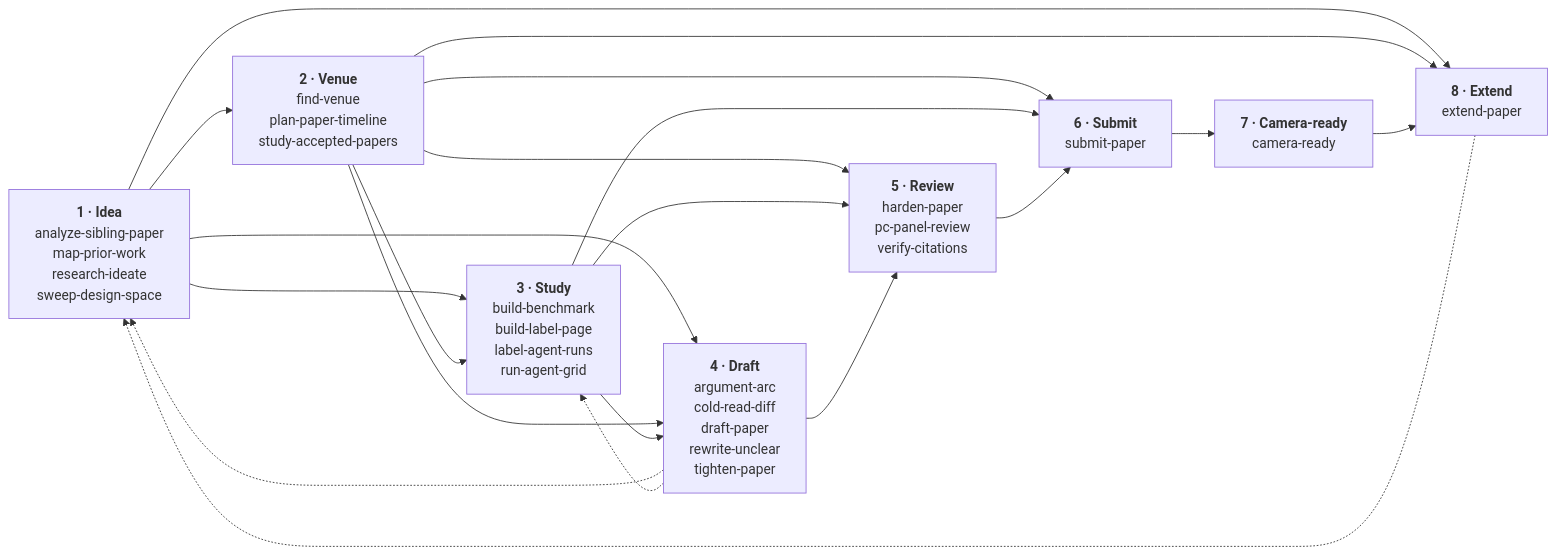
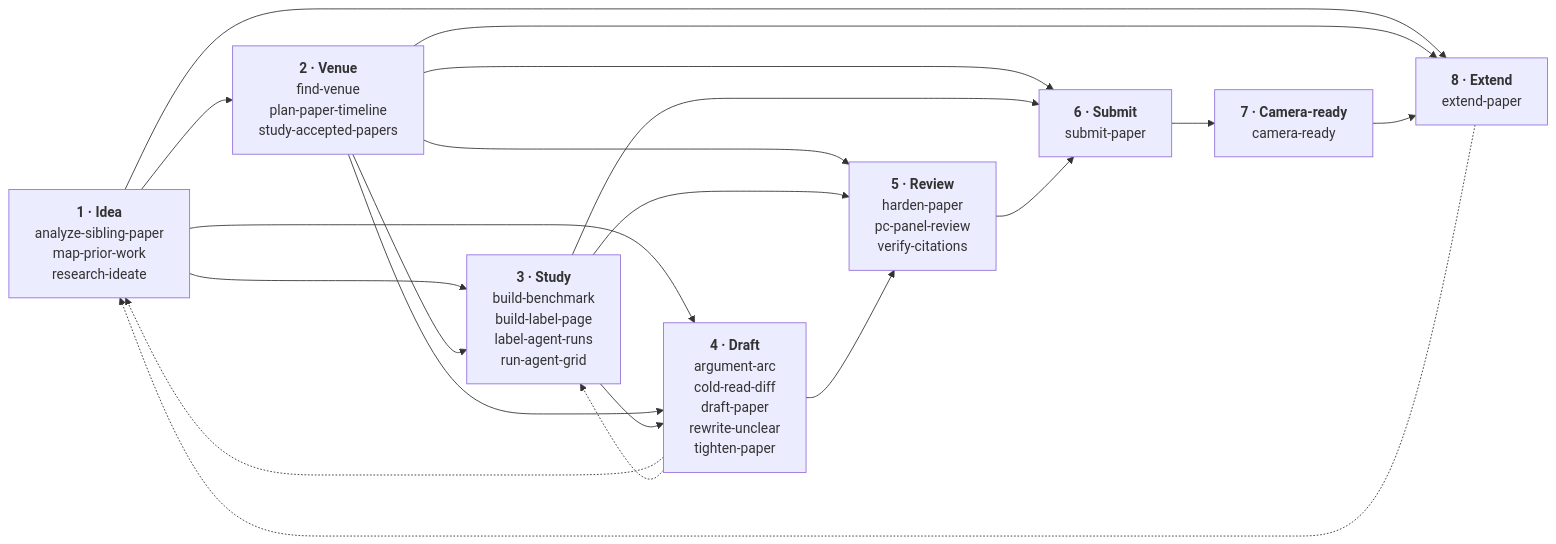
One commit to zernie/paperlint changed the first of 9 diagrams in docs/pipeline.md. Above: the diagram before and after it, drawn with Mermaid. The commit also changed other lines of this file and 15 other files, not shown here.

First line of the commit message:
refactor(skills)!: sweep-design-space leaves the package

````diff
--- a/docs/pipeline.md
+++ b/docs/pipeline.md
@@ -18,30 +18,30 @@
 ```mermaid
 flowchart LR
-  stage_idea["<b>1 · Idea</b><br/>analyze-sibling-paper<br/>map-prior-work<br/>research-ideate<br/>sweep-design-space"]
+  stage_idea["<b>1 · Idea</b><br/>analyze-sibling-paper<br/>map-prior-work<br/>research-ideate"]
   stage_venue["<b>2 · Venue</b><br/>find-venue<br/>plan-paper-timeline<br/>study-accepted-papers"]
   stage_study["<b>3 · Study</b><br/>build-benchmark<br/>build-label-page<br/>label-agent-runs<br/>run-agent-grid"]
   stage_draft["<b>4 · Draft</b><br/>argument-arc<br/>cold-read-diff<br/>draft-paper<br/>rewrite-unclear<br/>tighten-paper"]
   stage_review["<b>5 · Review</b><br/>harden-paper<br/>pc-panel-review<br/>verify-citations"]
   stage_submit["<b>6 · Submit</b><br/>submit-paper"]
   stage_camera_ready["<b>7 · Camera-ready</b><br/>camera-ready"]
   stage_extend["<b>8 · Extend</b><br/>extend-paper"]
   stage_idea --> stage_venue
   stage_idea --> stage_study
   stage_idea --> stage_draft
   stage_idea --> stage_extend
   stage_venue --> stage_study
   stage_venue --> stage_draft
   stage_venue --> stage_review
   stage_venue --> stage_submit
   stage_venue --> stage_extend
   stage_study --> stage_draft
   stage_study --> stage_review
   stage_study --> stage_submit
   stage_draft --> stage_review
   stage_review --> stage_submit
   stage_submit --> stage_camera_ready
   stage_camera_ready --> stage_extend
   stage_draft -.-> stage_idea
   stage_draft -.-> stage_study
   stage_extend -.-> stage_idea
 ```
````
